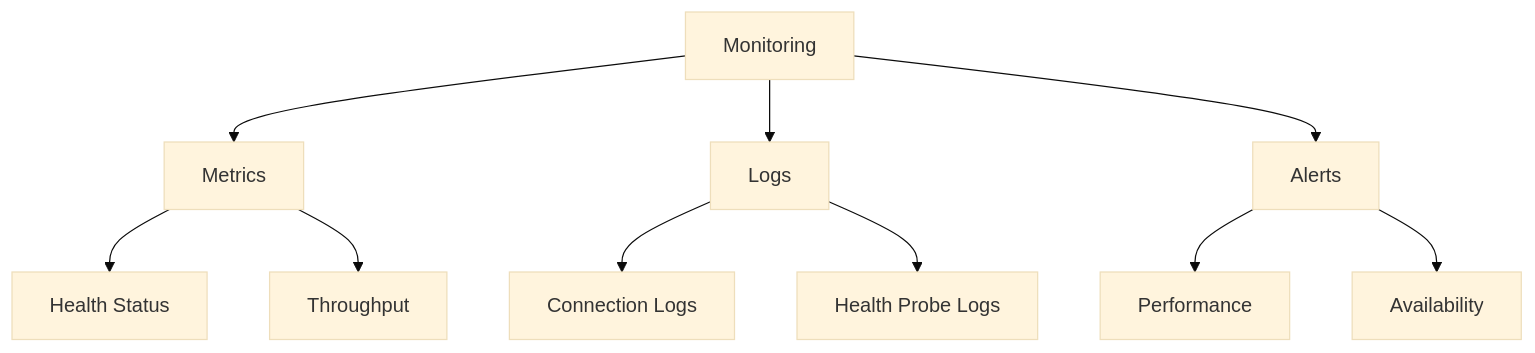
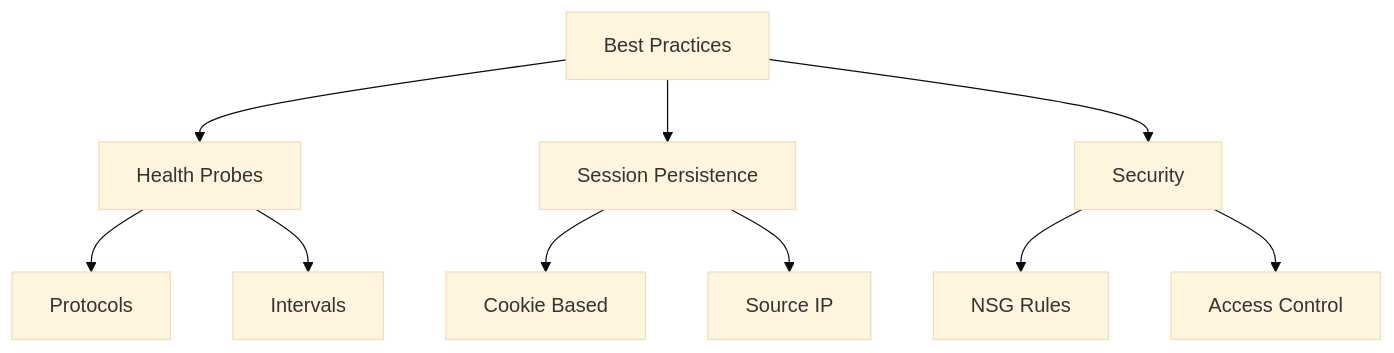
Diagram 11 of 18 in src/azure/az-104/Load_Balancing.md (saravanakumarrc/Architecture_Journey), drawn with Mermaid (base theme) before and after one commit. The commit also changed other lines of this file and 6 other files, not shown here.

````diff
--- a/src/azure/az-104/Load_Balancing.md
+++ b/src/azure/az-104/Load_Balancing.md
@@ -165,15 +190,15 @@
 ```mermaid
 graph TB
-    A[Monitoring] --> B[Metrics]
-    A --> C[Logs]
-    A --> D[Alerts]
+    A[Best Practices] --> B[Health Probes]
+    A --> C[Session Persistence]
+    A --> D[Security]
     
-    B --> E[Health Status]
-    B --> F[Throughput]
+    B --> E[Protocols]
+    B --> F[Intervals]
     
-    C --> G[Connection Logs]
-    C --> H[Health Probe Logs]
+    C --> G[Cookie Based]
+    C --> H[Source IP]
     
-    D --> I[Performance]
-    D --> J[Availability]
+    D --> I[NSG Rules]
+    D --> J[Access Control]
 ```
````
